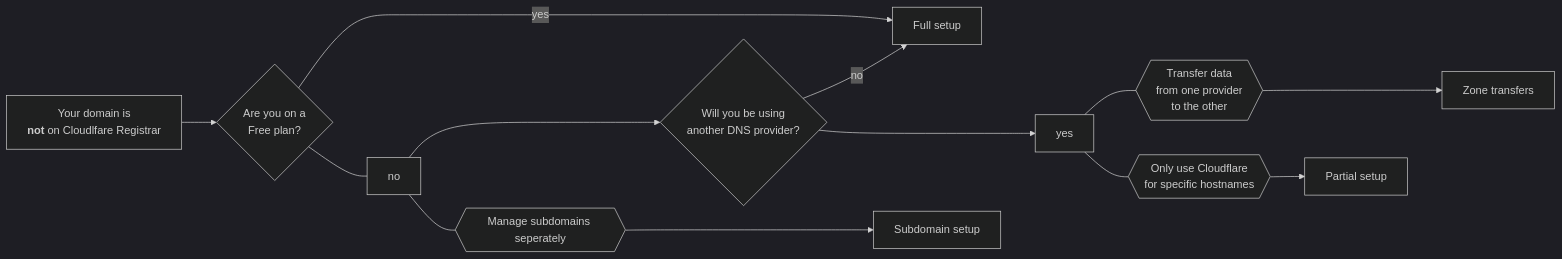
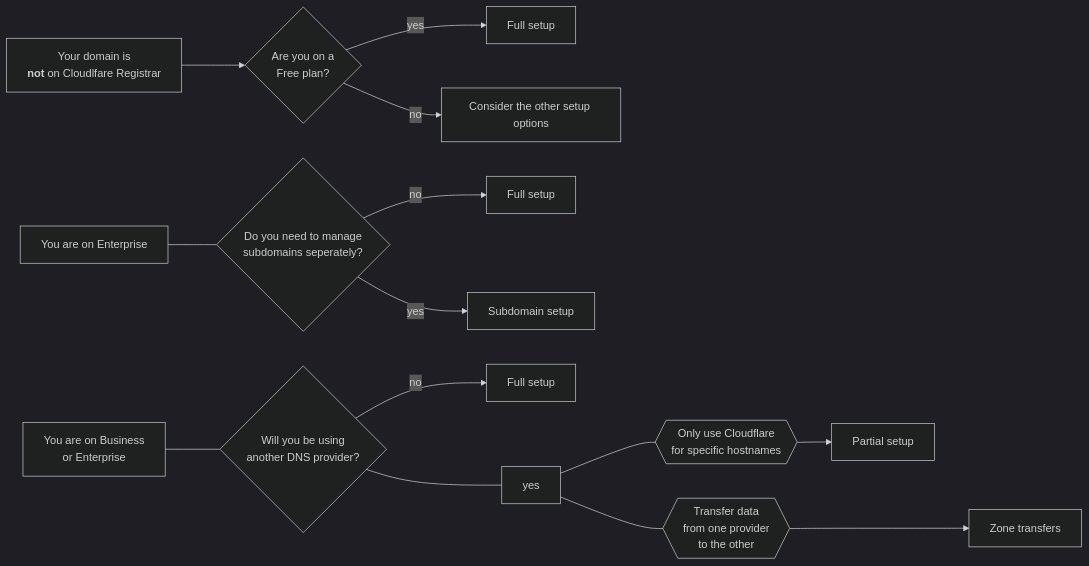
The diagram in content/dns/zone-setups/_index.md (cloudflare/cloudflare-docs), drawn with Mermaid (dark theme) before and after one commit.

Commit message:
Break into separate requirement and needs

````diff
--- a/content/dns/zone-setups/_index.md
+++ b/content/dns/zone-setups/_index.md
@@ -22,25 +22,35 @@
 ```mermaid
 flowchart LR
 A[Your domain is <br /> <strong>not</strong> on Cloudlfare Registrar]
 Q1{Are you on a <br /> Free plan?}
-Q2{Will you be using <br /> another DNS provider?}
-D[Partial setup]
-Q5{{Manage subdomains seperately}}
-
-Q3{{Transfer data <br /> from one provider <br /> to the other}}
-C[Zone transfers]
-Q4{{Only use Cloudflare <br /> for specific hostnames}} --> D
-
 B[Full setup]
-Q5 ---> E[Subdomain setup]
+C[Consider the other setup options]
 
 A --> Q1
 Q1 -- yes --> B
-Q1 --- H[no] ---> Q2
-H --- Q5
-Q2 -- no --> B
-Q2 --->I[yes]
+Q1 -- no --> C
+
+A1[You are on Enterprise]
+Q5{Do you need to manage <br /> subdomains seperately?}
+
+A1 --- Q5
+Q5 -- no --> B1[Full setup]
+Q5 -- yes --> E[Subdomain setup]
+
+A2[You are on Business <br /> or Enterprise]
+
+A2 --- Q2
+Q2{Will you be using <br /> another DNS provider?}
+F[Partial setup]
+
+Q3{{Transfer data <br /> from one provider <br /> to the other}}
+Q4{{Only use Cloudflare <br /> for specific hostnames}} --> F
+
+
+G[Zone transfers]
+Q2 -- no --> B2[Full setup]
+Q2 --- I[yes]
 I --- Q3
-Q3 ---> C
+Q3 ---> G
 I --- Q4
 ```
````
